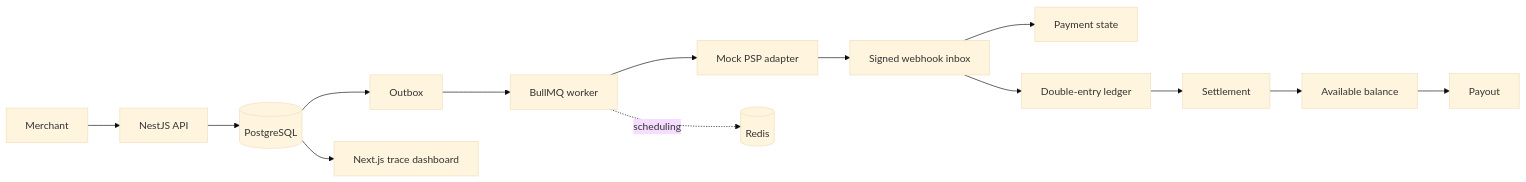
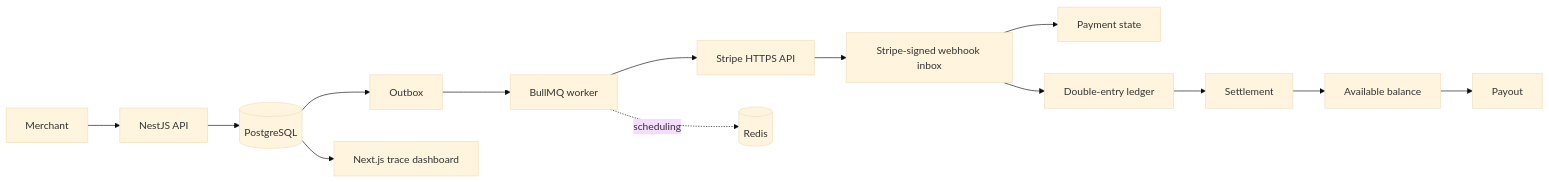
Before and after one commit to daniel-tsx/fintech: the diagram in README.md, drawn with Mermaid (base theme). The commit also changed other lines of this file and 50 other files, not shown here.

Commit message:
feat: replace mock PSP with Stripe boundary

````diff
--- a/README.md
+++ b/README.md
@@ -9,16 +9,16 @@
 ```mermaid
 flowchart LR
   Merchant --> API[NestJS API]
   API --> DB[(PostgreSQL)]
   DB --> Outbox
   Outbox --> Worker[BullMQ worker]
-  Worker --> PSP[Mock PSP adapter]
-  PSP --> Inbox[Signed webhook inbox]
+  Worker --> PSP[Stripe HTTPS API]
+  PSP --> Inbox[Stripe-signed webhook inbox]
   Inbox --> Payment[Payment state]
   Inbox --> Ledger[Double-entry ledger]
   Ledger --> Settlement
   Settlement --> Available[Available balance]
   Available --> Payout
   DB --> Dashboard[Next.js trace dashboard]
   Worker -. scheduling .-> Redis[(Redis)]
 ```
````
